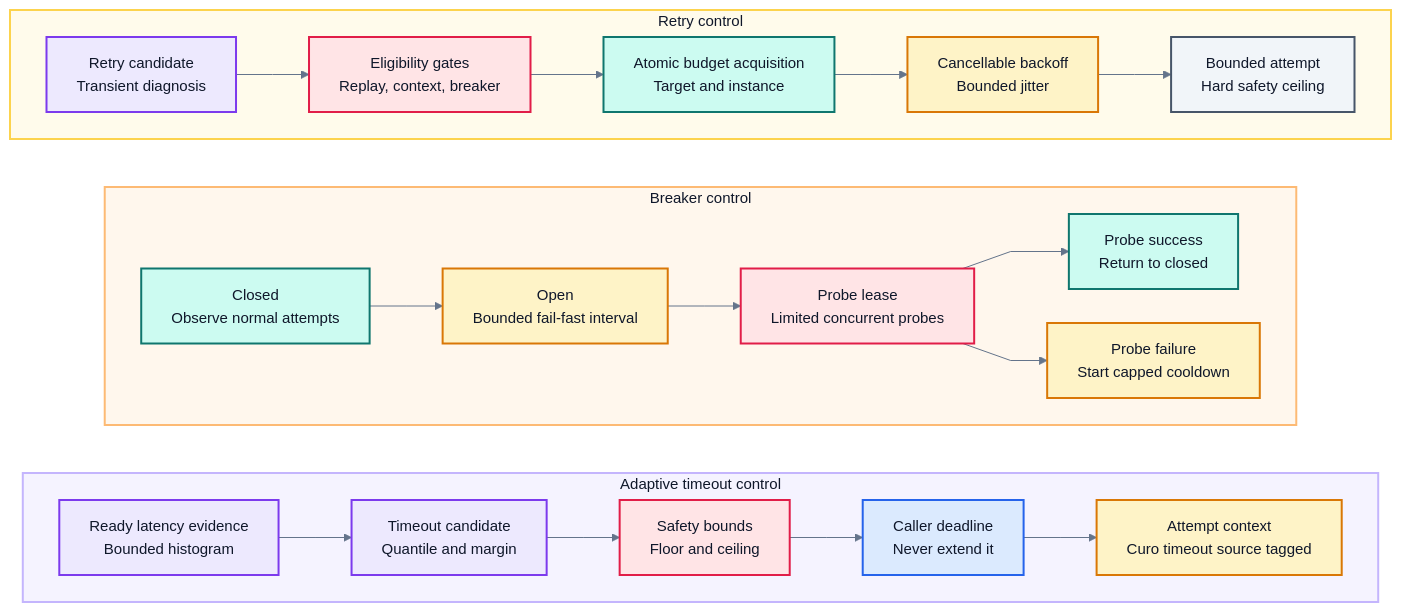
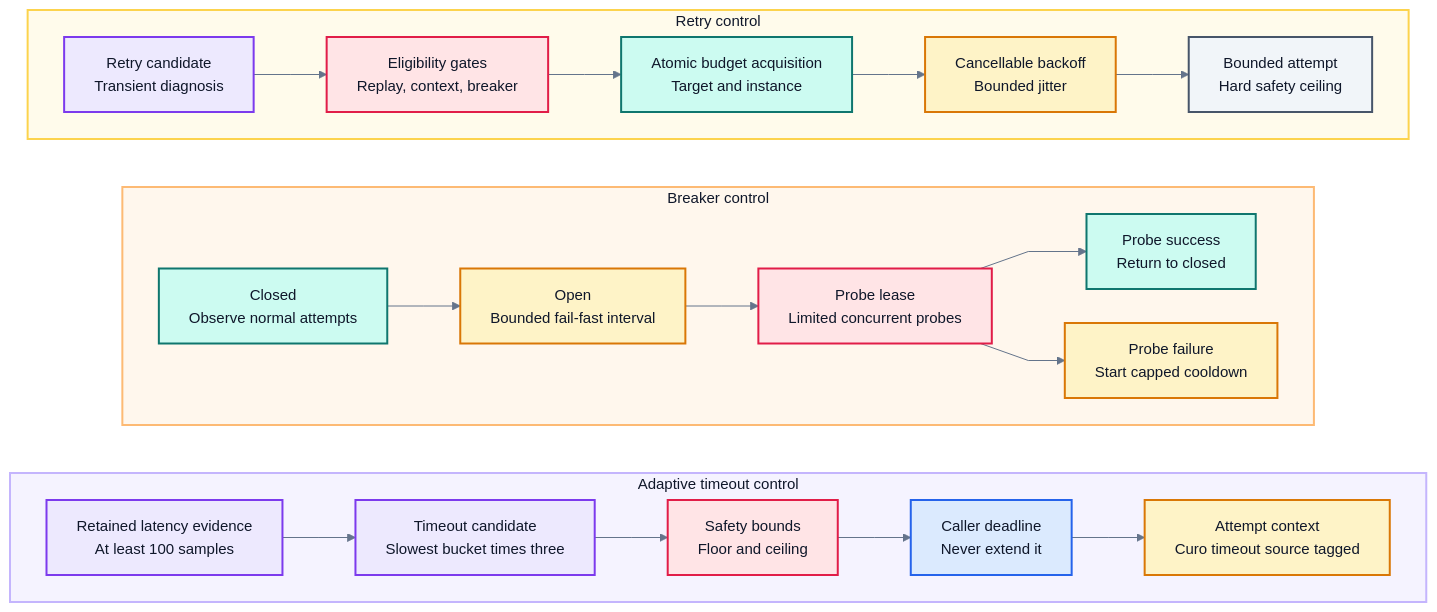
One commit to raj1kshtz/curo changed the diagram in docs/design/diagrams/mitigation-control.mmd. Above: the diagram before and after it, drawn with Mermaid. The commit also changed 37 other files, not shown here.

```diff
--- a/docs/design/diagrams/mitigation-control.mmd
+++ b/docs/design/diagrams/mitigation-control.mmd
@@ -1,61 +1,61 @@
 ---
 config:
   theme: base
   layout: dagre
   flowchart:
     curve: linear
     nodeSpacing: 34
     rankSpacing: 48
     htmlLabels: true
   themeVariables:
     fontFamily: "Inter, ui-sans-serif, system-ui, sans-serif"
     fontSize: "15px"
     lineColor: "#64748B"
     textColor: "#0F172A"
 ---
 flowchart TB
   subgraph retry["Retry control"]
     direction LR
     rt1["Retry candidate<br/>Transient diagnosis"]:::analysis
     rt2["Eligibility gates<br/>Replay, context, breaker"]:::safety
     rt3["Atomic budget acquisition<br/>Target and instance"]:::state
     rt4["Cancellable backoff<br/>Bounded jitter"]:::mitigation
     rt5["Bounded attempt<br/>Hard safety ceiling"]:::external
     rt1 --> rt2 --> rt3 --> rt4 --> rt5
   end
 
   subgraph breaker["Breaker control"]
     direction LR
     br1["Closed<br/>Observe normal attempts"]:::state
     br2["Open<br/>Bounded fail-fast interval"]:::mitigation
     br3["Probe lease<br/>Limited concurrent probes"]:::safety
     br4["Probe success<br/>Return to closed"]:::state
     br5["Probe failure<br/>Start capped cooldown"]:::mitigation
     br1 --> br2 --> br3
     br3 --> br4
     br3 --> br5
   end
 
   subgraph timeout["Adaptive timeout control"]
     direction LR
-    to1["Ready latency evidence<br/>Bounded histogram"]:::analysis
-    to2["Timeout candidate<br/>Quantile and margin"]:::analysis
+    to1["Retained latency evidence<br/>At least 100 samples"]:::analysis
+    to2["Timeout candidate<br/>Slowest bucket times three"]:::analysis
     to3["Safety bounds<br/>Floor and ceiling"]:::safety
     to4["Caller deadline<br/>Never extend it"]:::api
     to5["Attempt context<br/>Curo timeout source tagged"]:::mitigation
     to1 --> to2 --> to3 --> to4 --> to5
   end
 
   retry ~~~ breaker
   breaker ~~~ timeout
 
   classDef external fill:#F1F5F9,stroke:#475569,color:#0F172A,stroke-width:2px
   classDef api fill:#DBEAFE,stroke:#2563EB,color:#0F172A,stroke-width:2px
   classDef safety fill:#FFE4E6,stroke:#E11D48,color:#0F172A,stroke-width:2px
   classDef analysis fill:#EDE9FE,stroke:#7C3AED,color:#0F172A,stroke-width:2px
   classDef mitigation fill:#FEF3C7,stroke:#D97706,color:#0F172A,stroke-width:2px
   classDef state fill:#CCFBF1,stroke:#0F766E,color:#0F172A,stroke-width:2px
 
   style retry fill:#FFFBEB,stroke:#FCD34D,color:#0F172A,stroke-width:2px
   style breaker fill:#FFF7ED,stroke:#FDBA74,color:#0F172A,stroke-width:2px
   style timeout fill:#F5F3FF,stroke:#C4B5FD,color:#0F172A,stroke-width:2px
```
